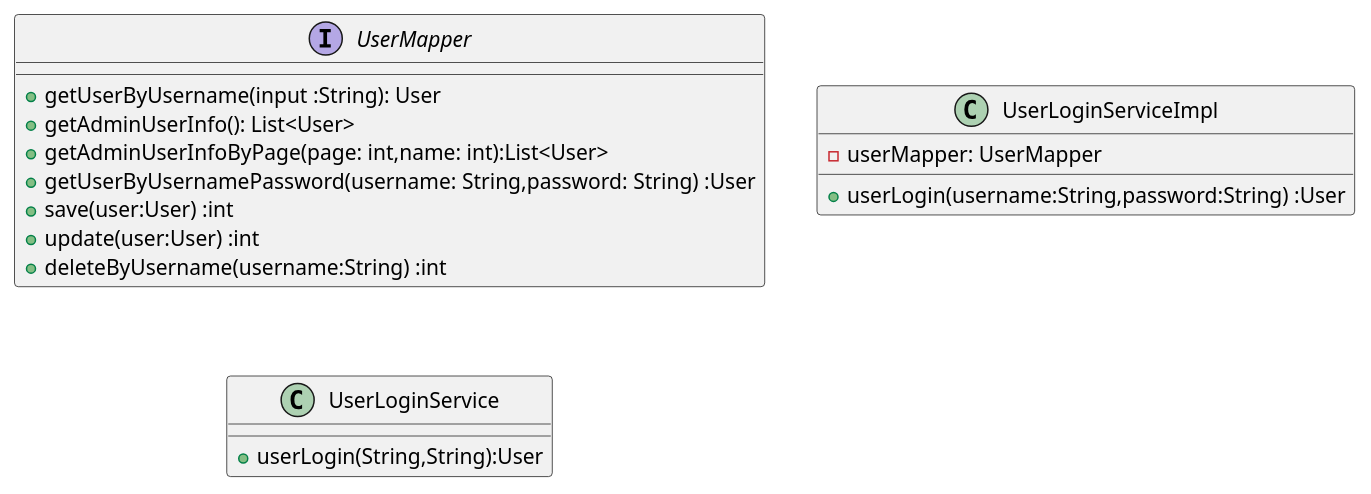
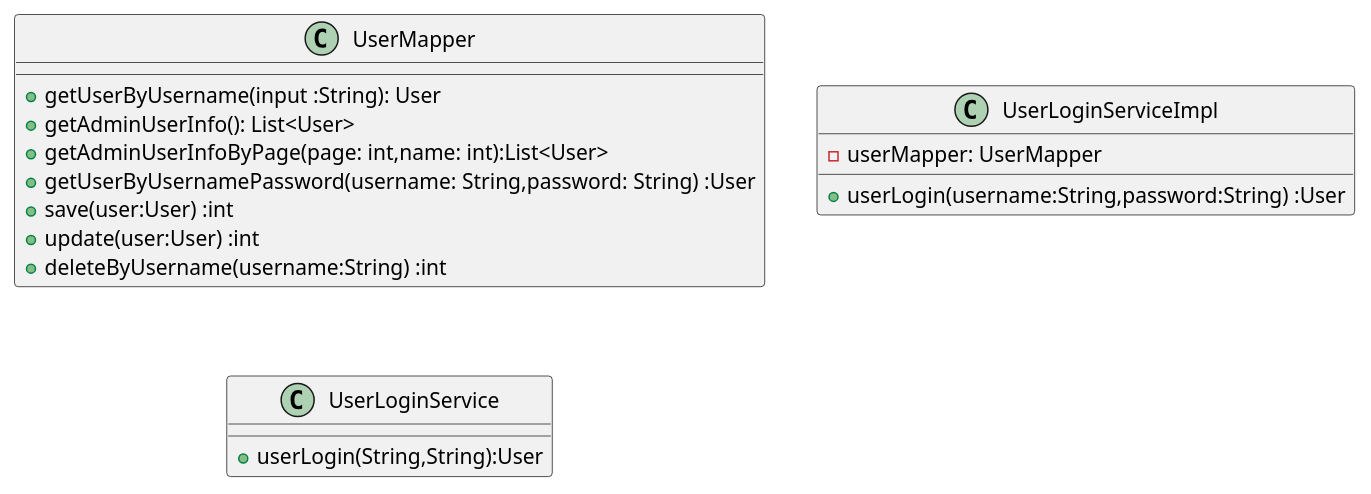
One commit to zpp2001/demo changed the diagram in plantuml/login.puml. Above: the diagram before and after it, drawn with PlantUML. The commit also changed 13 other files, not shown here.

```diff
--- a/plantuml/login.puml
+++ b/plantuml/login.puml
@@ -1,23 +1,23 @@
 @startuml
 'https://plantuml.com/class-diagram
 
-interface UserMapper{
+class UserMapper{
 +getUserByUsername(input :String): User
 +getAdminUserInfo(): List<User>
 +getAdminUserInfoByPage(page: int,name: int):List<User>
 +getUserByUsernamePassword(username: String,password: String) :User
 +save(user:User) :int
 +update(user:User) :int
 +deleteByUsername(username:String) :int
 }
 
 class UserLoginServiceImpl{
 -userMapper: UserMapper
 +userLogin(username:String,password:String) :User
 }
 
 class UserLoginService{
 +userLogin(String,String):User
 }
 
 @enduml
```
